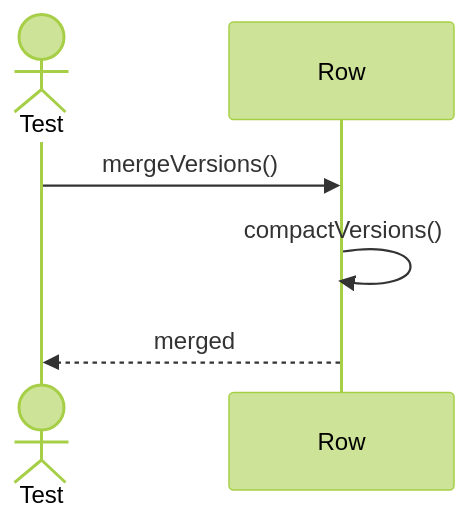
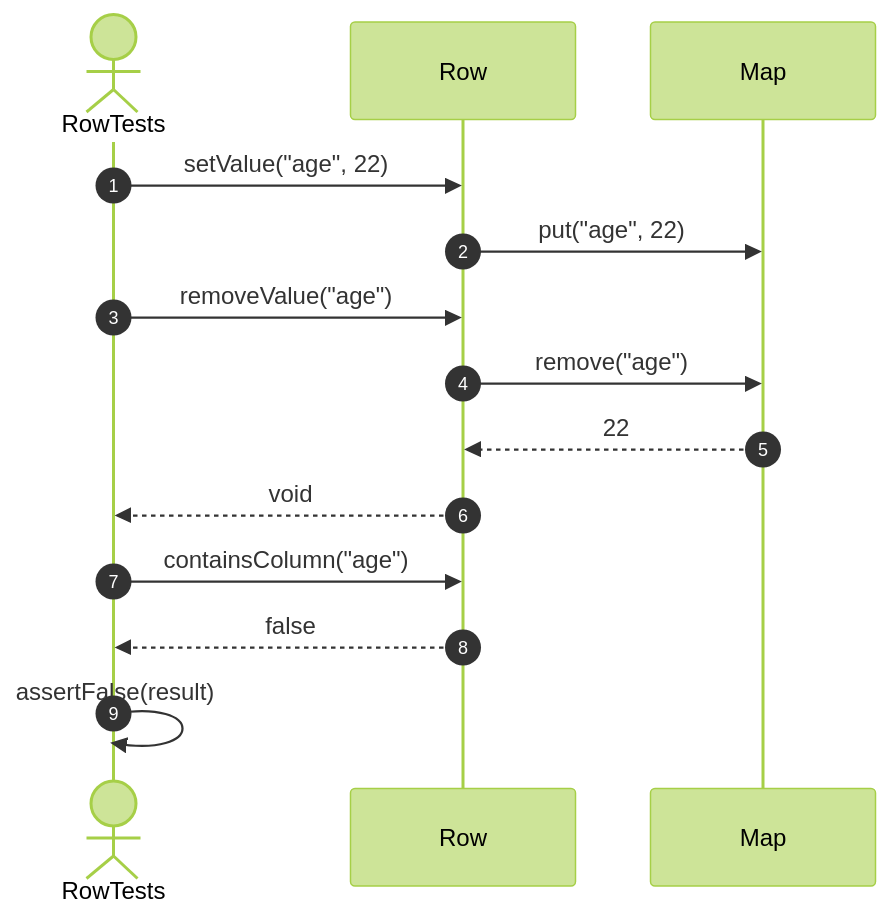
Diagram 16 of 33 in src/tests/unit/metadata/sequences/rows-testing.se.md (FhuAnn/-bbv-AN-s-DBMS), drawn with Mermaid (forest theme) before and after one commit. The commit also changed other lines of this file and 60 other files, not shown here.

Commit message:
refactor data table, row, column, constraint, index test file

````diff
--- a/src/tests/unit/metadata/sequences/rows-testing.se.md
+++ b/src/tests/unit/metadata/sequences/rows-testing.se.md
@@ -292,9 +415,23 @@
 ```mermaid
 sequenceDiagram
-actor Test
-participant Row
+    autonumber
 
-Test->>Row: mergeVersions()
-Row->>Row: compactVersions()
-Row-->>Test: merged
+    actor Test as RowTests
+    participant Row as Row
+    participant Values as Map
+
+    Test->>Row: setValue("age", 22)
+    Row->>Values: put("age", 22)
+
+    Test->>Row: removeValue("age")
+
+    Row->>Values: remove("age")
+    Values-->>Row: 22
+
+    Row-->>Test: void
+
+    Test->>Row: containsColumn("age")
+    Row-->>Test: false
+
+    Test->>Test: assertFalse(result)
 ```
````
